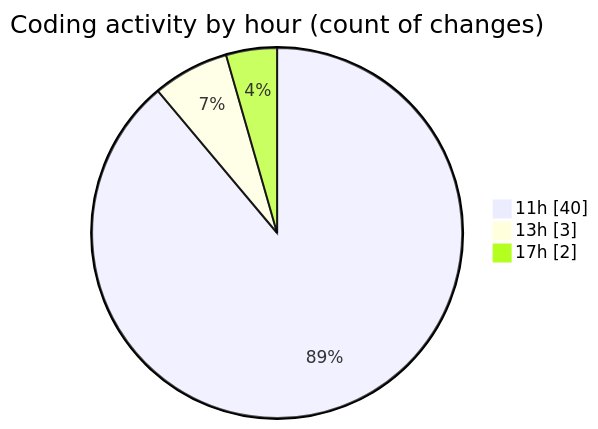
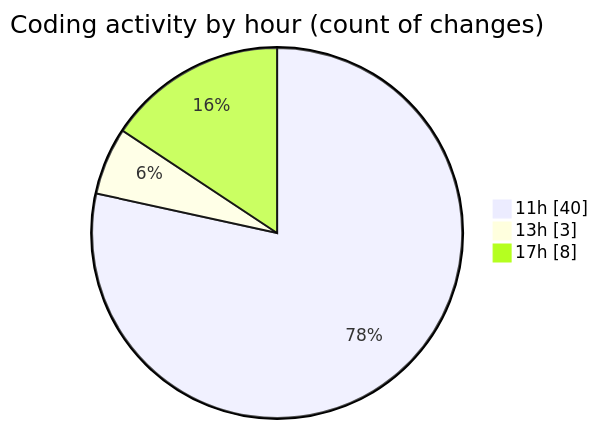
Before and after one commit to charlie-sans/code-tracking: the second of 2 diagrams in 2025-04-30/uhigh-lang/README.md, drawn with Mermaid. The commit also changed other lines of this file and 1 other file, not shown here.

````diff
--- a/2025-04-30/uhigh-lang/README.md
+++ b/2025-04-30/uhigh-lang/README.md
@@ -37,7 +37,7 @@
 ```mermaid
 pie showData
 title Coding activity by hour (count of changes)
 "11h" : 40
 "13h" : 3
-"17h" : 2
+"17h" : 8
 ```
````
